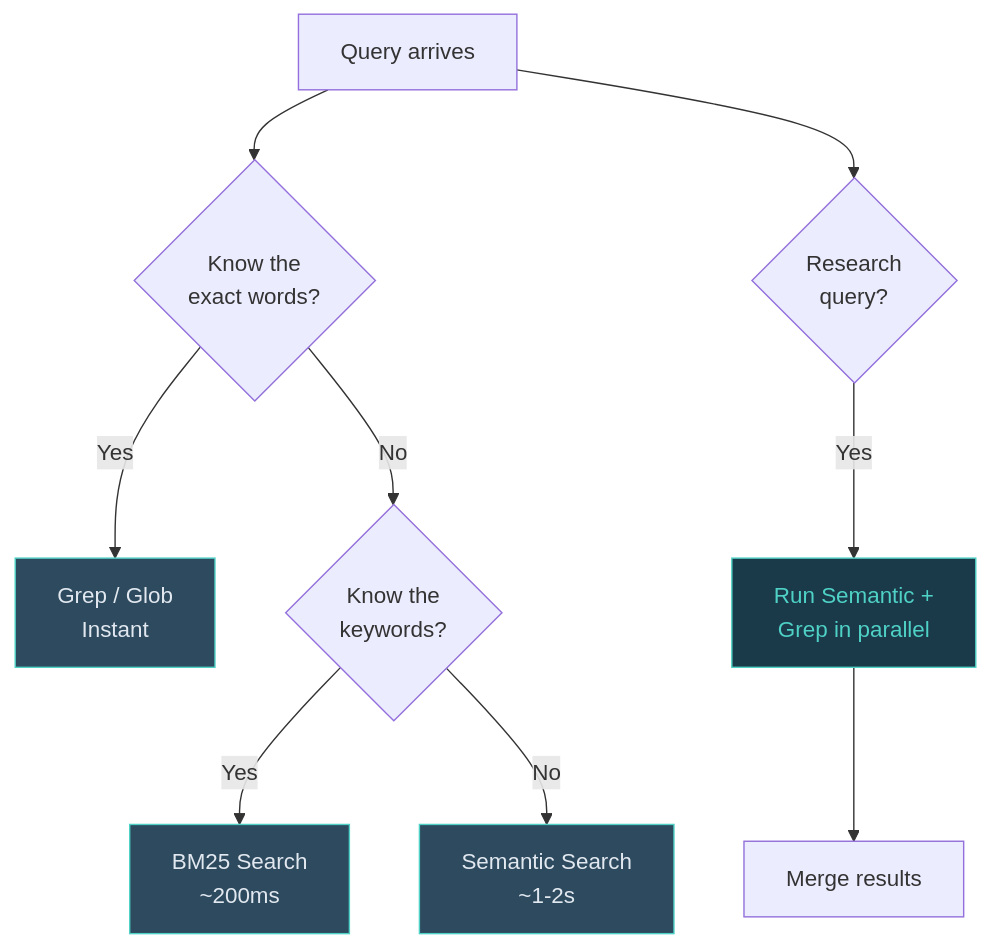
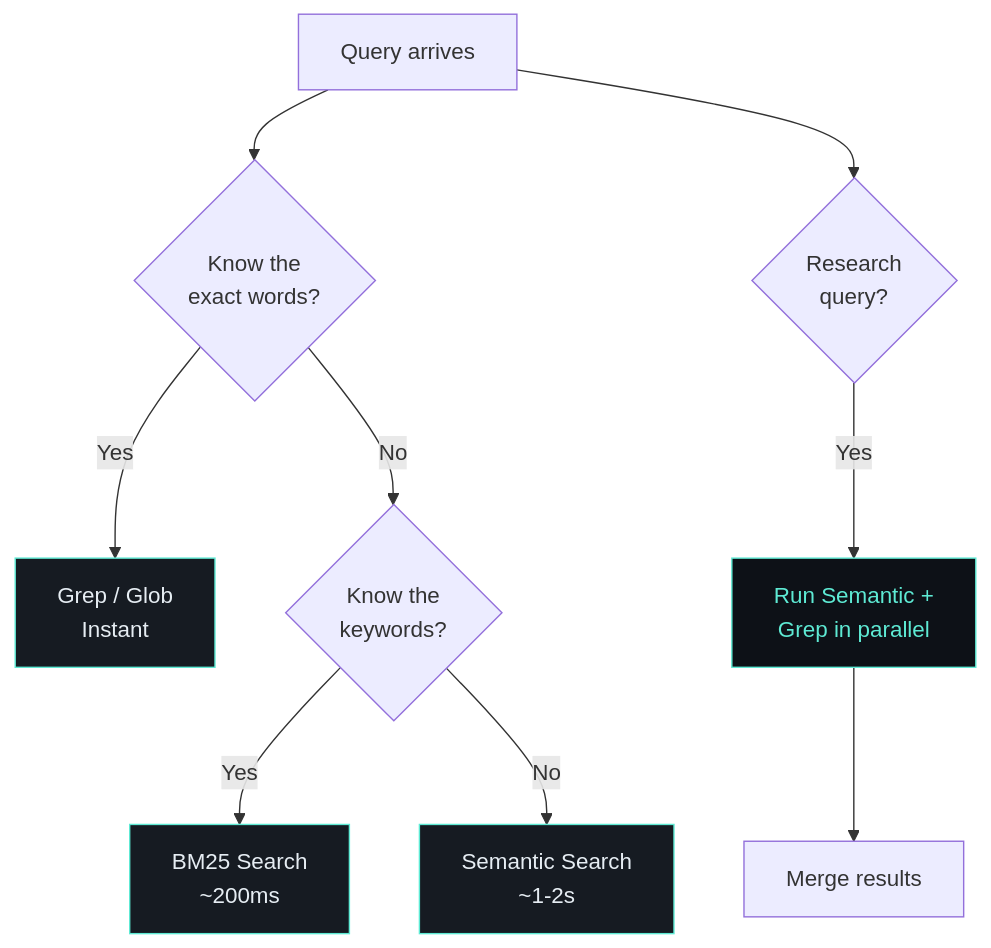
One commit to sovrana/qm-os changed the diagram in docs/architecture/search.md. Above: the diagram before and after it, drawn with Mermaid. The commit also changed 5 other files, not shown here.

````diff
--- a/docs/architecture/search.md
+++ b/docs/architecture/search.md
@@ -20,16 +20,16 @@
 ```mermaid
 flowchart TD
     Q[Query arrives] --> K{Know the<br>exact words?}
     K -->|Yes| GREP[Grep / Glob<br>Instant]
     K -->|No| C{Know the<br>keywords?}
     C -->|Yes| BM25[BM25 Search<br>~200ms]
     C -->|No| SEM[Semantic Search<br>~1-2s]
     Q --> R{Research<br>query?}
     R -->|Yes| PAR[Run Semantic +<br>Grep in parallel]
     PAR --> MERGE[Merge results]
 
-    style GREP fill:#2d4a5e,stroke:#4fd1c5,color:#e2e8f0
-    style BM25 fill:#2d4a5e,stroke:#4fd1c5,color:#e2e8f0
-    style SEM fill:#2d4a5e,stroke:#4fd1c5,color:#e2e8f0
-    style PAR fill:#1a3a4a,stroke:#4fd1c5,color:#4fd1c5
+    style GREP fill:#161b22,stroke:#5eead4,color:#e6edf3
+    style BM25 fill:#161b22,stroke:#5eead4,color:#e6edf3
+    style SEM fill:#161b22,stroke:#5eead4,color:#e6edf3
+    style PAR fill:#0d1117,stroke:#5eead4,color:#5eead4
 ```
````
